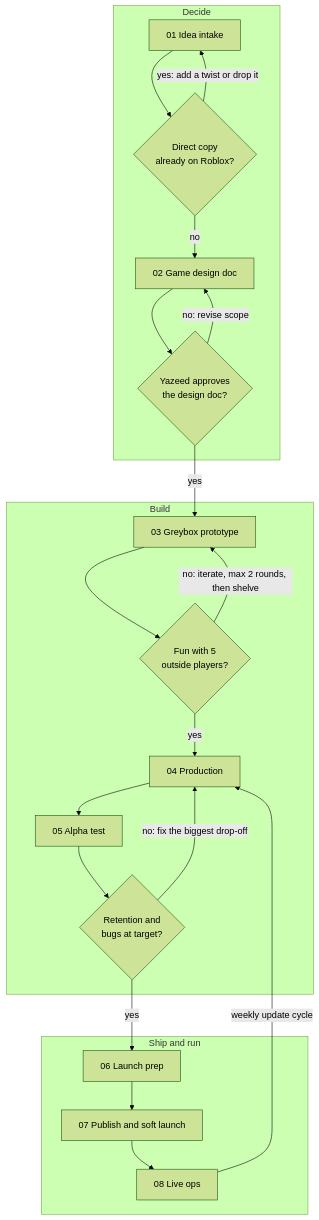
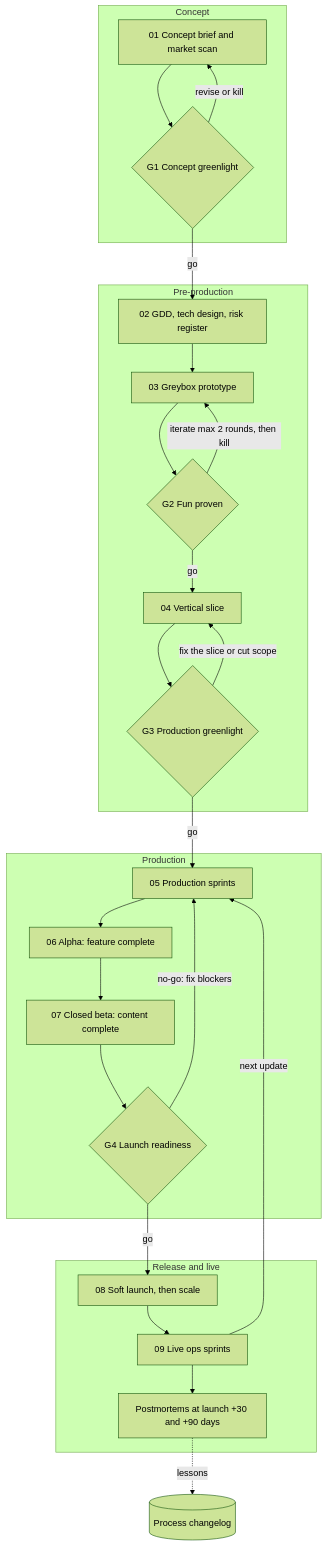
One commit to rubaismail/roblox-dev-pipeline changed the diagram in docs/process.md. Above: the diagram before and after it, drawn with Mermaid (forest theme). The commit also changed other lines of this file and 9 other files, not shown here.

````diff
--- a/docs/process.md
+++ b/docs/process.md
@@ -5,25 +9,30 @@
 ```mermaid
 flowchart TD
-    subgraph Decide
-        S1[01 Idea intake] --> G1{Direct copy<br/>already on Roblox?}
-        G1 -- yes: add a twist or drop it --> S1
-        G1 -- no --> S2[02 Game design doc]
-        S2 --> G2{Yazeed approves<br/>the design doc?}
-        G2 -- no: revise scope --> S2
+    subgraph P0[Concept]
+        S1[01 Concept brief and market scan] --> G1{G1 Concept greenlight}
     end
-    subgraph Build
-        G2 -- yes --> S3[03 Greybox prototype]
-        S3 --> G3{Fun with 5<br/>outside players?}
-        G3 -- no: iterate, max 2 rounds, then shelve --> S3
-        G3 -- yes --> S4[04 Production]
-        S4 --> S5[05 Alpha test]
-        S5 --> G4{Retention and<br/>bugs at target?}
-        G4 -- no: fix the biggest drop-off --> S4
+    subgraph P1[Pre-production]
+        G1 -- go --> S2[02 GDD, tech design, risk register]
+        S2 --> S3[03 Greybox prototype]
+        S3 --> G2{G2 Fun proven}
+        G2 -- go --> S4[04 Vertical slice]
+        S4 --> G3{G3 Production greenlight}
     end
-    subgraph Ship and run
-        G4 -- yes --> S6[06 Launch prep]
-        S6 --> S7[07 Publish and soft launch]
-        S7 --> S8[08 Live ops]
-        S8 -- weekly update cycle --> S4
+    subgraph P2[Production]
+        G3 -- go --> S5[05 Production sprints]
+        S5 --> S6[06 Alpha: feature complete]
+        S6 --> S7[07 Closed beta: content complete]
+        S7 --> G4{G4 Launch readiness}
     end
+    subgraph P3[Release and live]
+        G4 -- go --> S8[08 Soft launch, then scale]
+        S8 --> S9[09 Live ops sprints]
+        S9 --> PM[Postmortems at launch +30 and +90 days]
+    end
+    G1 -- revise or kill --> S1
+    G2 -- iterate max 2 rounds, then kill --> S3
+    G3 -- fix the slice or cut scope --> S4
+    G4 -- no-go: fix blockers --> S5
+    S9 -- next update --> S5
+    PM -. lessons .-> CL[(Process changelog)]
 ```
````
